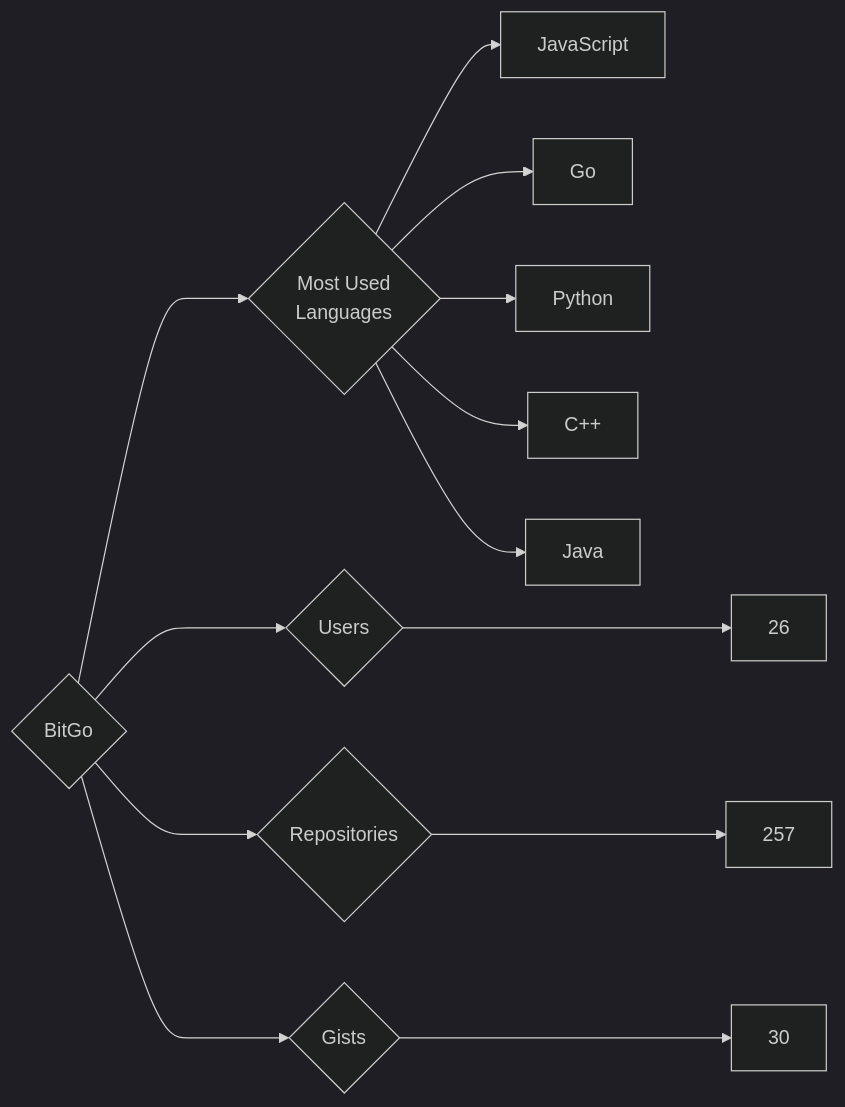
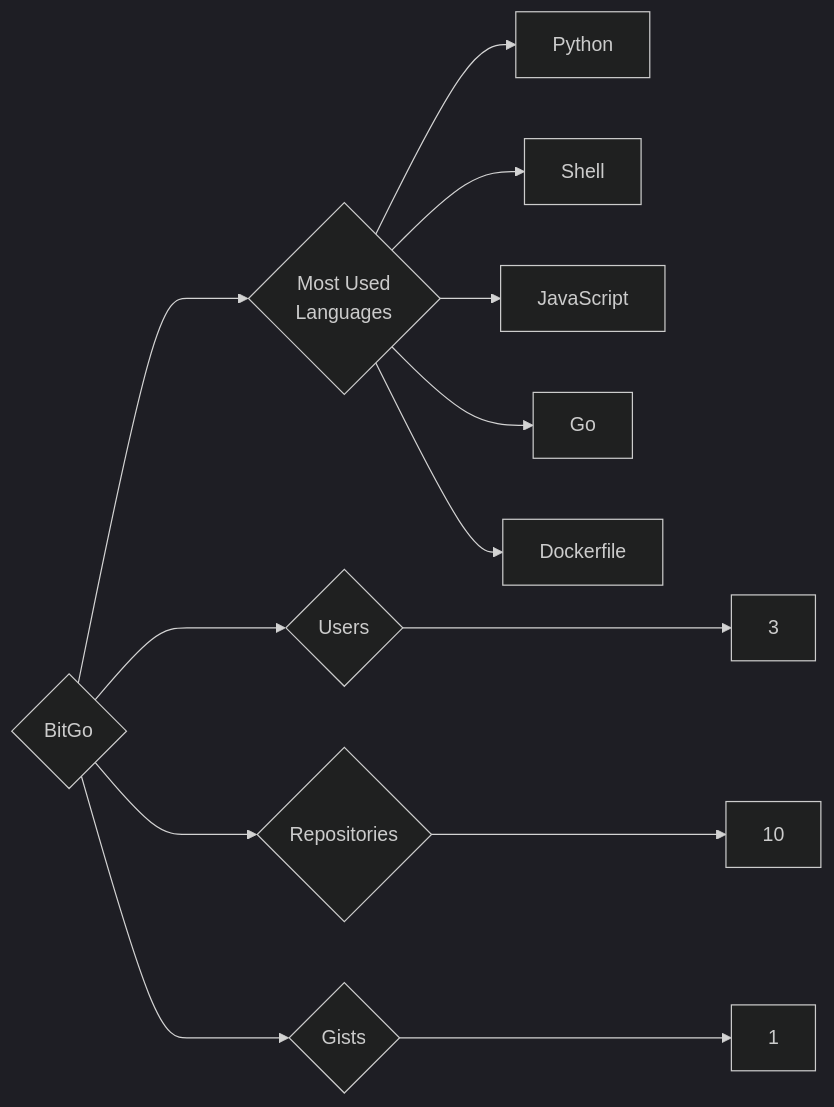
One commit to trickest/insiders changed the diagram in targets/BitGo/README.md. Above: the diagram before and after it, drawn with Mermaid (dark theme). The commit also changed 633 other files, not shown here.

````diff
--- a/targets/BitGo/README.md
+++ b/targets/BitGo/README.md
@@ -3,13 +3,13 @@
 ```mermaid
 graph LR
 COMPANY_NAME{BitGo}
-COMPANY_NAME ---> U{Users} ---> UN[26]
-COMPANY_NAME ---> R{Repositories} ---> RN[257]
-COMPANY_NAME ---> G{Gists} ---> GN[30]
+COMPANY_NAME ---> U{Users} ---> UN[3]
+COMPANY_NAME ---> R{Repositories} ---> RN[10]
+COMPANY_NAME ---> G{Gists} ---> GN[1]
 COMPANY_NAME ---> ML{Most Used<br>Languages}
+ML --> Python[Python]
+ML --> Shell[Shell]
 ML --> JavaScript[JavaScript]
 ML --> Go[Go]
-ML --> Python[Python]
-ML --> C++[C++]
-ML --> Java[Java]
+ML --> Dockerfile[Dockerfile]
 ```
````
